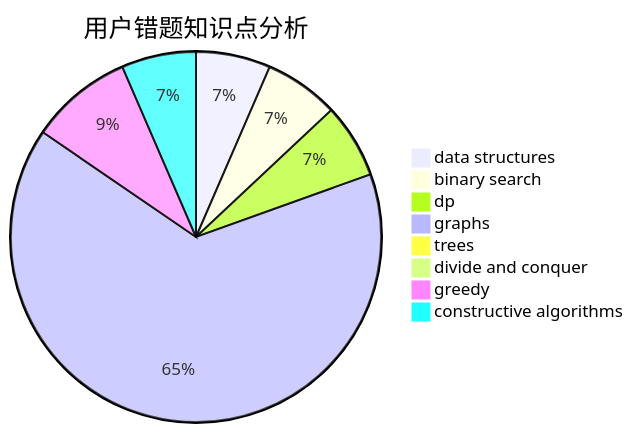
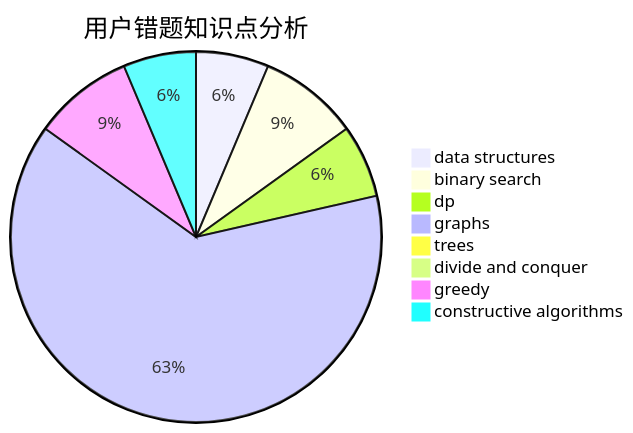
One commit to sherpahu/cfrs.github.io changed the third of 3 diagrams in docs/user/u890.md. Above: the diagram before and after it, drawn with Mermaid. The commit also changed other lines of this file and 2770 other files, not shown here.

````diff
--- a/docs/user/u890.md
+++ b/docs/user/u890.md
@@ -36,11 +36,11 @@
 ```mermaid
 pie title 用户错题知识点分析
     "data structures" :  8
-    "binary search" :  8
+    "binary search" :  11
     "dp" :  8
     "graphs" :  80
     "trees" :  0
     "divide and conquer" :  0
     "greedy" :  11
     "constructive algorithms" :  8
 ```
````
